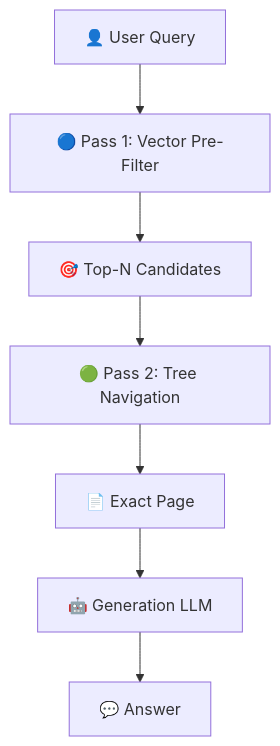
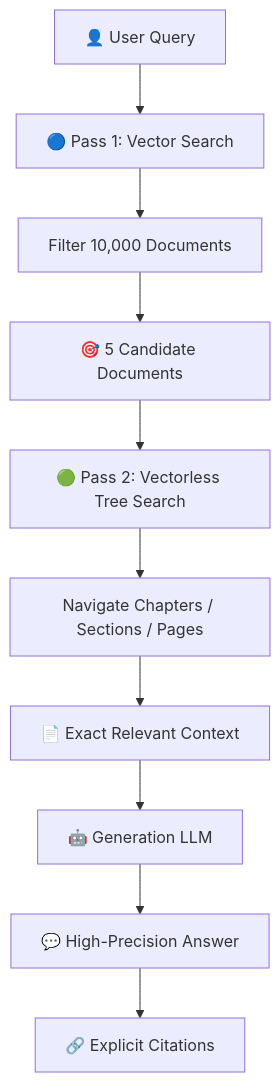
One commit to Amie-dev/FDE-and-GenAI-Mastery changed the tenth of 14 diagrams in Lecture 18 - Vectorless RAG and LLM Wiki/notes/Lecture_18_Complete_Notes.md. Above: the diagram before and after it, drawn with Mermaid. The commit also changed other lines of this file and 7 other files, not shown here.

First line of the commit message:
Enhance documentation on Vectorless RAG and LLM Wiki architectures

````diff
--- a/Lecture 18 - Vectorless RAG and LLM Wiki/notes/Lecture_18_Complete_Notes.md
+++ b/Lecture 18 - Vectorless RAG and LLM Wiki/notes/Lecture_18_Complete_Notes.md
@@ -219,17 +579,13 @@
 ```mermaid
 flowchart TD
-
     Q["👤 User Query"]
-
-    Q --> V["🔵 Pass 1: Vector Pre-Filter"]
-
-    V --> C["🎯 Top-N Candidates"]
-
-    C --> T["🟢 Pass 2: Tree Navigation"]
-
-    T --> P["📄 Exact Page"]
-
-    P --> LLM["🤖 Generation LLM"]
-
-    LLM --> A["💬 Answer"]
+    Q --> VECTOR["🔵 Pass 1: Vector Search"]
+    VECTOR --> FILTER["Filter 10,000 Documents"]
+    FILTER --> CANDIDATES["🎯 5 Candidate Documents"]
+    CANDIDATES --> TREE["🟢 Pass 2: Vectorless Tree Search"]
+    TREE --> NAV["Navigate Chapters / Sections / Pages"]
+    NAV --> EXACT["📄 Exact Relevant Context"]
+    EXACT --> LLM["🤖 Generation LLM"]
+    LLM --> ANSWER["💬 High-Precision Answer"]
+    ANSWER --> CITE["🔗 Explicit Citations"]
 ```
````
